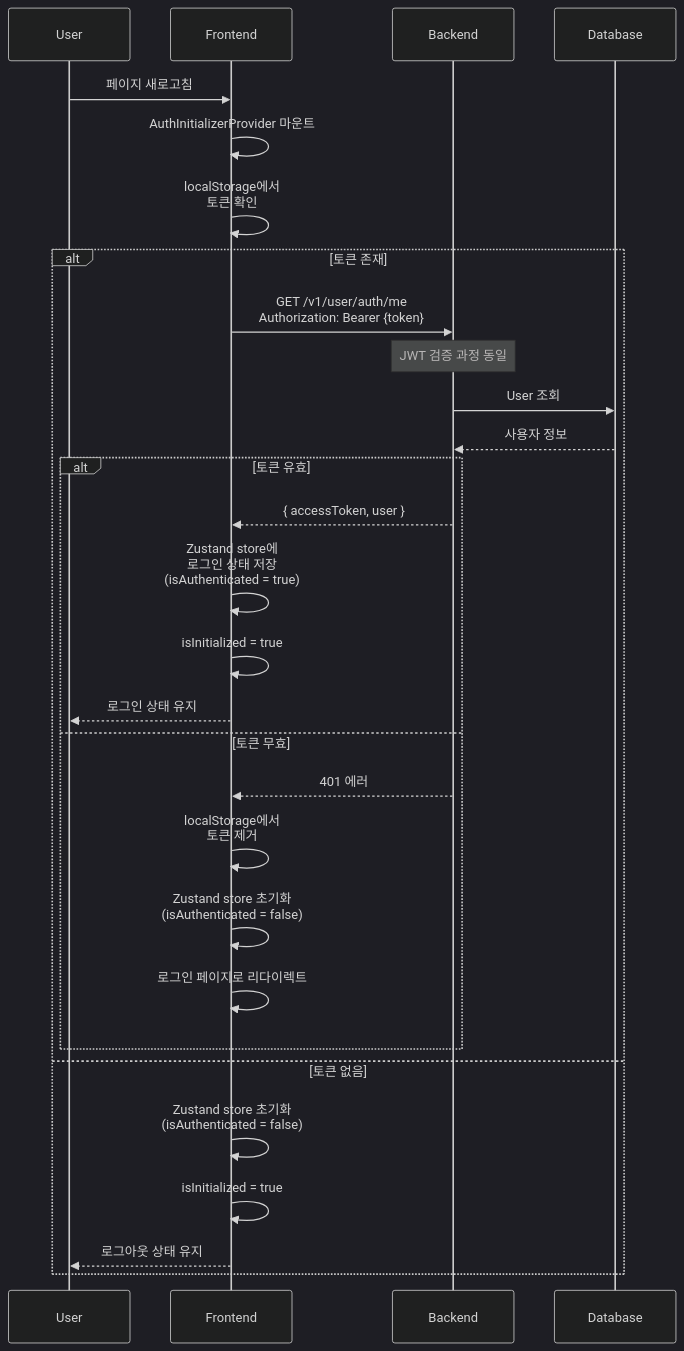
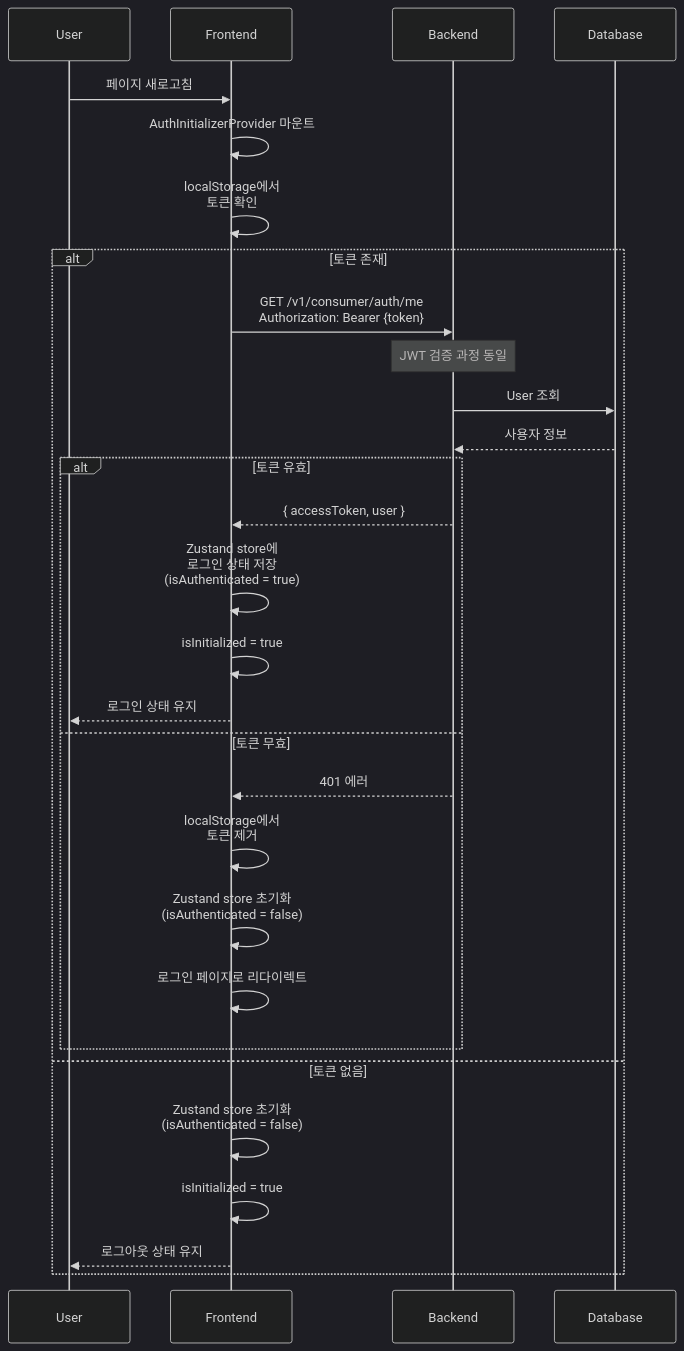
The third of 5 diagrams in docs/common/feature/판매자 인증.md (picake-team/picake-engineering-backend), drawn with Mermaid (dark theme) before and after one commit. The commit also changed other lines of this file and 19 other files, not shown here.

````diff
--- a/docs/common/feature/판매자 인증.md
+++ b/docs/common/feature/판매자 인증.md
@@ -103,36 +103,36 @@
 ```mermaid
 sequenceDiagram
     participant U as User
     participant F as Frontend
     participant B as Backend
     participant DB as Database
 
     U->>F: 페이지 새로고침
 
     F->>F: AuthInitializerProvider 마운트
     F->>F: localStorage에서<br/>토큰 확인
 
     alt 토큰 존재
-        F->>B: GET /v1/user/auth/me<br/>Authorization: Bearer {token}
+        F->>B: GET /v1/consumer/auth/me<br/>Authorization: Bearer {token}
 
         Note over B: JWT 검증 과정 동일
         B->>DB: User 조회
         DB-->>B: 사용자 정보
 
         alt 토큰 유효
             B-->>F: { accessToken, user }
             F->>F: Zustand store에<br/>로그인 상태 저장<br/>(isAuthenticated = true)
             F->>F: isInitialized = true
             F-->>U: 로그인 상태 유지
         else 토큰 무효
             B-->>F: 401 에러
             F->>F: localStorage에서<br/>토큰 제거
             F->>F: Zustand store 초기화<br/>(isAuthenticated = false)
             F->>F: 로그인 페이지로 리다이렉트
         end
     else 토큰 없음
         F->>F: Zustand store 초기화<br/>(isAuthenticated = false)
         F->>F: isInitialized = true
         F-->>U: 로그아웃 상태 유지
     end
 ```
````
